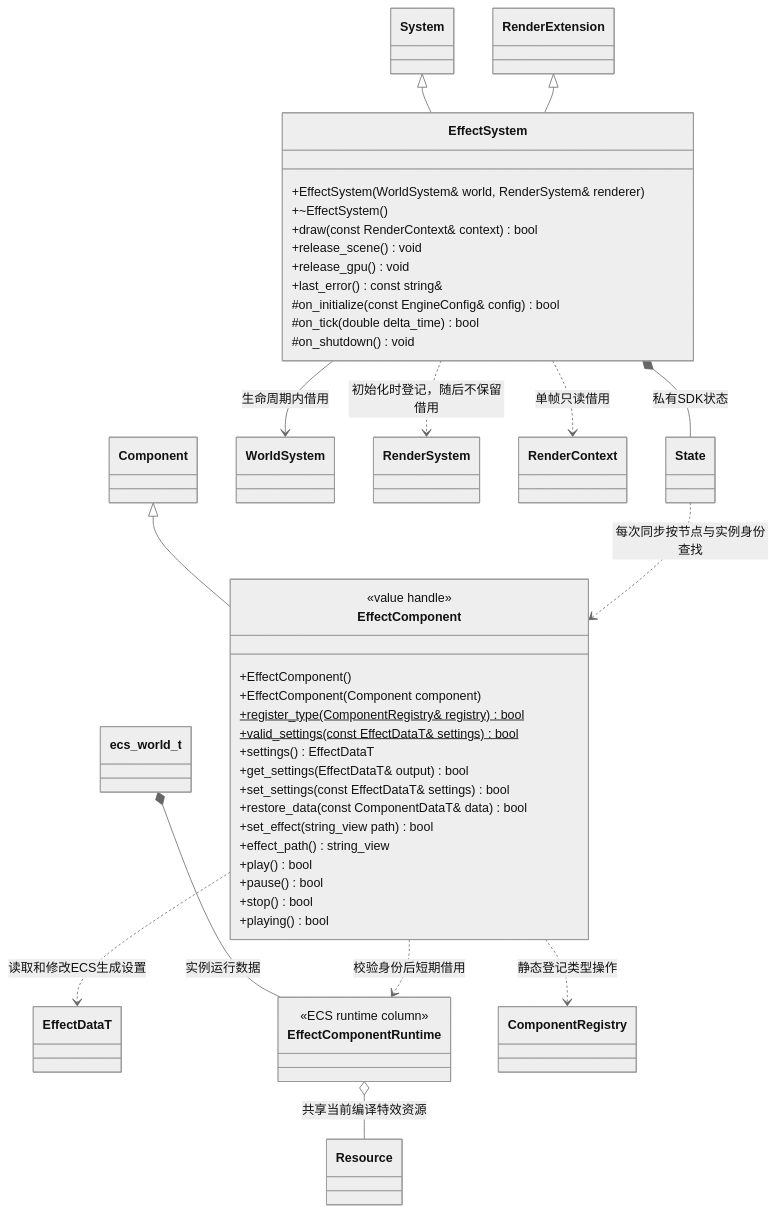
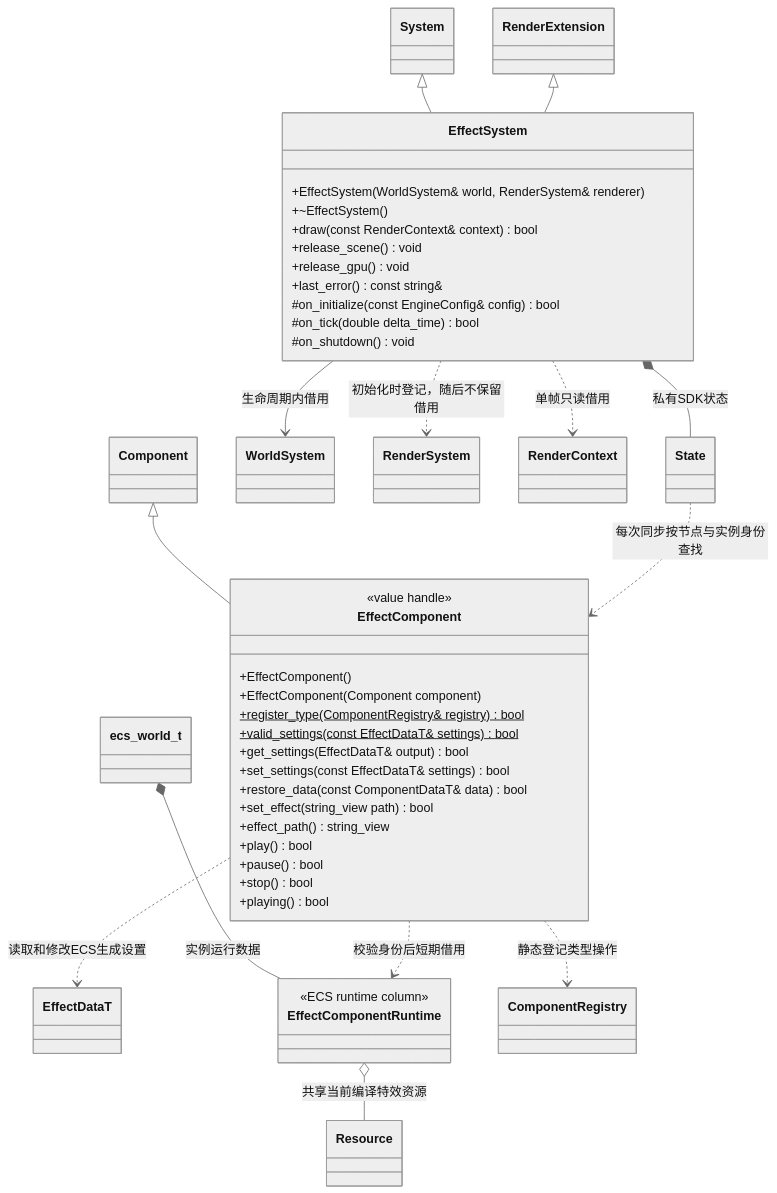
Before and after one commit to lcals/Engine: the first of 2 diagrams in docs/plugins/runtime/class-diagrams/effects.md, drawn with Mermaid (neutral theme). The commit also changed other lines of this file and 244 other files, not shown here.

````diff
--- a/docs/plugins/runtime/class-diagrams/effects.md
+++ b/docs/plugins/runtime/class-diagrams/effects.md
@@ -7,59 +7,59 @@
 ```mermaid
 classDiagram
     class Component
     class System
     class RenderExtension
     class EffectComponent {
         <<value handle>>
         +EffectComponent()
         +EffectComponent(Component component)
         +register_type(ComponentRegistry& registry) bool$
         +valid_settings(const EffectDataT& settings) bool$
-        +settings() EffectDataT
+
         +get_settings(EffectDataT& output) bool
         +set_settings(const EffectDataT& settings) bool
         +restore_data(const ComponentDataT& data) bool
         +set_effect(string_view path) bool
         +effect_path() string_view
         +play() bool
         +pause() bool
         +stop() bool
         +playing() bool
     }
     class EffectSystem {
         +EffectSystem(WorldSystem& world, RenderSystem& renderer)
         +~EffectSystem()
         +draw(const RenderContext& context) bool
         +release_scene() void
         +release_gpu() void
         +last_error() const string&
         #on_initialize(const EngineConfig& config) bool
         #on_tick(double delta_time) bool
         #on_shutdown() void
     }
     class EffectDataT
     class Resource
     class WorldSystem
     class RenderSystem
     class RenderContext
     class State
     Component <|-- EffectComponent
     System <|-- EffectSystem
     RenderExtension <|-- EffectSystem
     EffectComponent ..> EffectDataT : 读取和修改ECS生成设置
     EffectComponentRuntime o-- Resource : 共享当前编译特效资源
     EffectSystem --> WorldSystem : 生命周期内借用
     EffectSystem ..> RenderSystem : 初始化时登记，随后不保留借用
     EffectSystem ..> RenderContext : 单帧只读借用
     EffectSystem *-- State : 私有SDK状态
     State ..> EffectComponent : 每次同步按节点与实例身份查找
     class ComponentRegistry
     class ecs_world_t
     class EffectComponentRuntime {
         <<ECS runtime column>>
     }
     ecs_world_t *-- EffectComponentRuntime : 实例运行数据
     EffectComponent ..> EffectComponentRuntime : 校验身份后短期借用
     EffectComponent ..> ComponentRegistry : 静态登记类型操作
 
 ```
````
